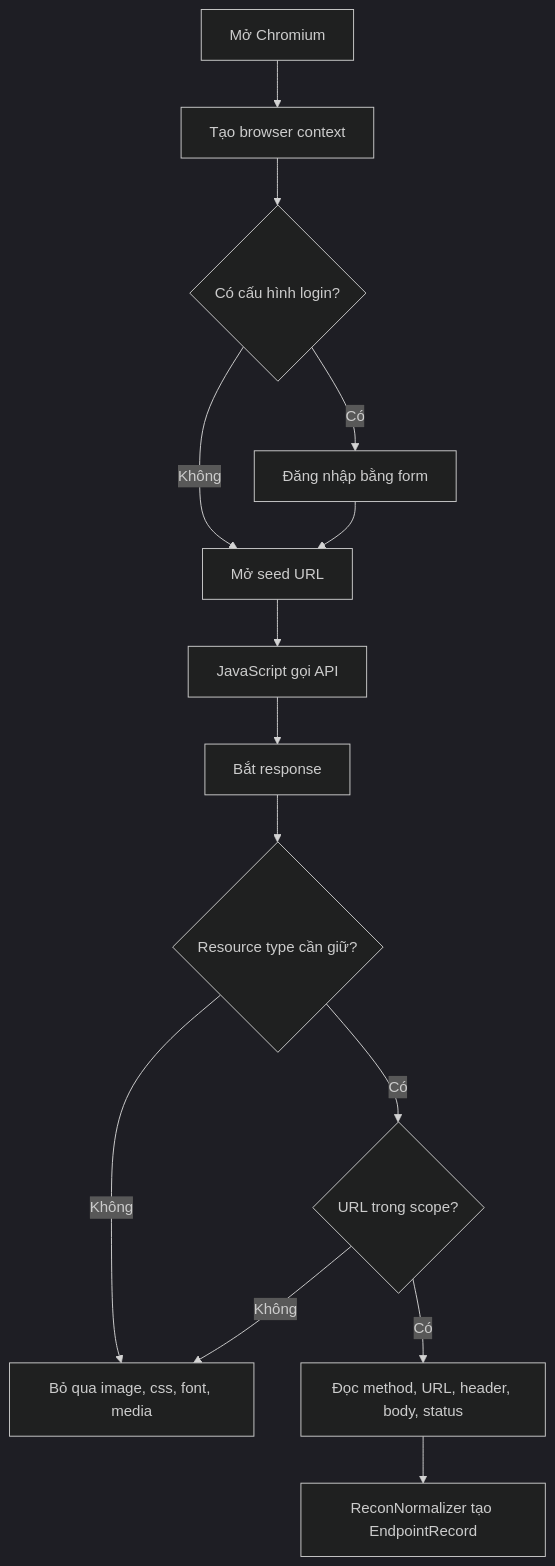
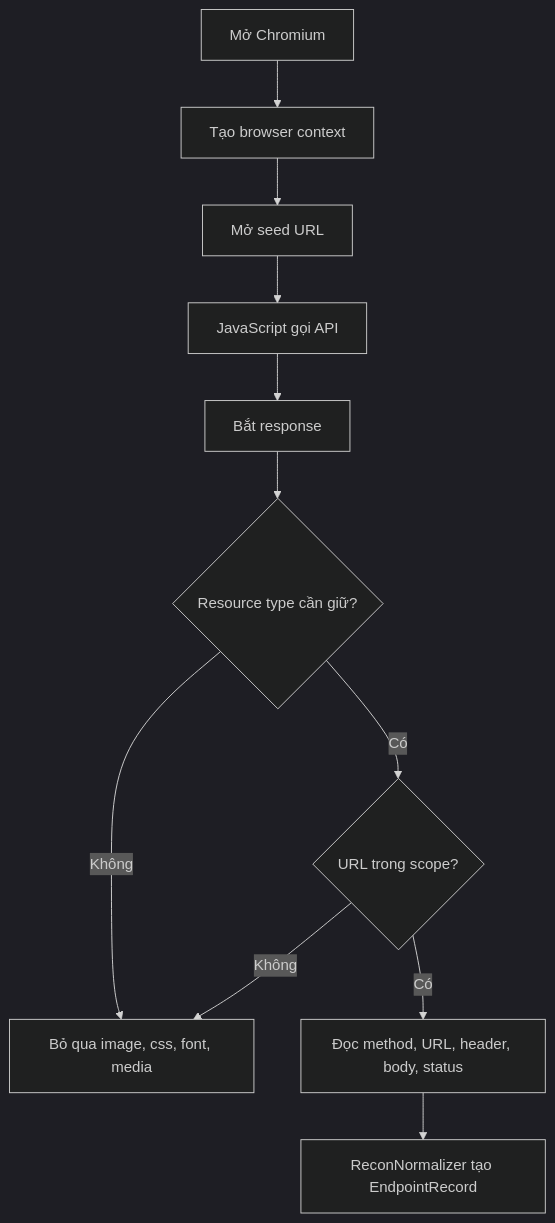
One commit to penguino7/toolkiemthu changed the fourth of 8 diagrams in recontool/RECON_FLOW.md. Above: the diagram before and after it, drawn with Mermaid (dark theme). The commit also changed other lines of this file and 17 other files, not shown here.

````diff
--- a/recontool/RECON_FLOW.md
+++ b/recontool/RECON_FLOW.md
@@ -69,16 +67,13 @@
 ```mermaid
 flowchart TD
     A[Mở Chromium] --> B[Tạo browser context]
-    B --> C{Có cấu hình login?}
-    C -->|Có| D[Đăng nhập bằng form]
-    C -->|Không| E[Mở seed URL]
-    D --> E
+    B --> E[Mở seed URL]
     E --> F[JavaScript gọi API]
     F --> G[Bắt response]
     G --> H{Resource type cần giữ?}
     H -->|Không| I[Bỏ qua image, css, font, media]
     H -->|Có| J{URL trong scope?}
     J -->|Không| I
     J -->|Có| K[Đọc method, URL, header, body, status]
     K --> L[ReconNormalizer tạo EndpointRecord]
 ```
````
